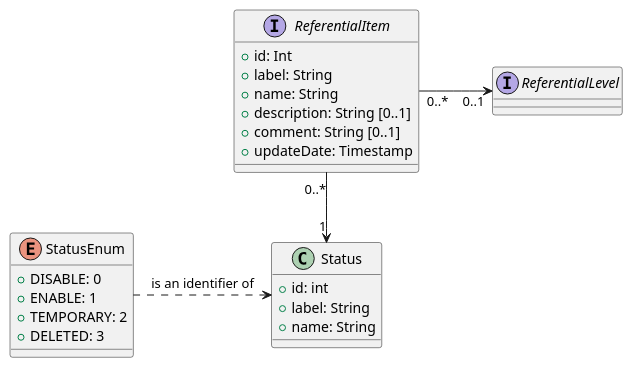
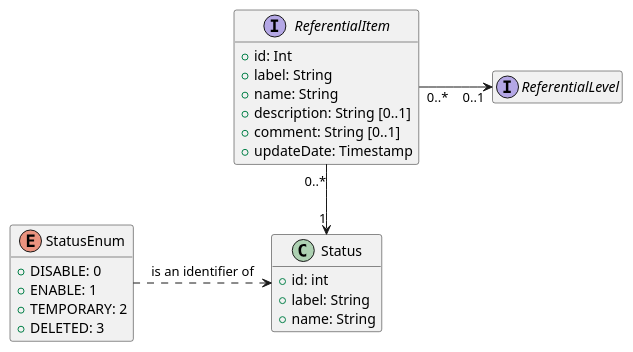
One commit to sumaris-net/sumaris-doc changed the diagram in model/referential/common.puml. Above: the diagram before and after it, drawn with PlantUML. The commit also changed 2 other files, not shown here.

Commit message:
[fix] UML: Hide empty members

```diff
--- a/model/referential/common.puml
+++ b/model/referential/common.puml
@@ -1,34 +1,35 @@
 @startuml
+hide empty members
 
 interface ReferentialItem {
     +id: Int
     +label: String
     +name: String
     +description: String [0..1]
     +comment: String [0..1]
     +updateDate: Timestamp
 }
 
 interface ReferentialLevel {
 }
 
 class Status {
     +id: int
     +label: String
     +name: String
 }
 
 enum StatusEnum {
    +DISABLE: 0
    +ENABLE: 1
    +TEMPORARY: 2
    +DELETED: 3
 }
 
 ReferentialItem "0..*" --> "1" Status
 ReferentialItem "0..*" -right-> "0..1" ReferentialLevel: "           "
 
 Status <.left. StatusEnum: "is an identifier of"
 
 
 @enduml
```
